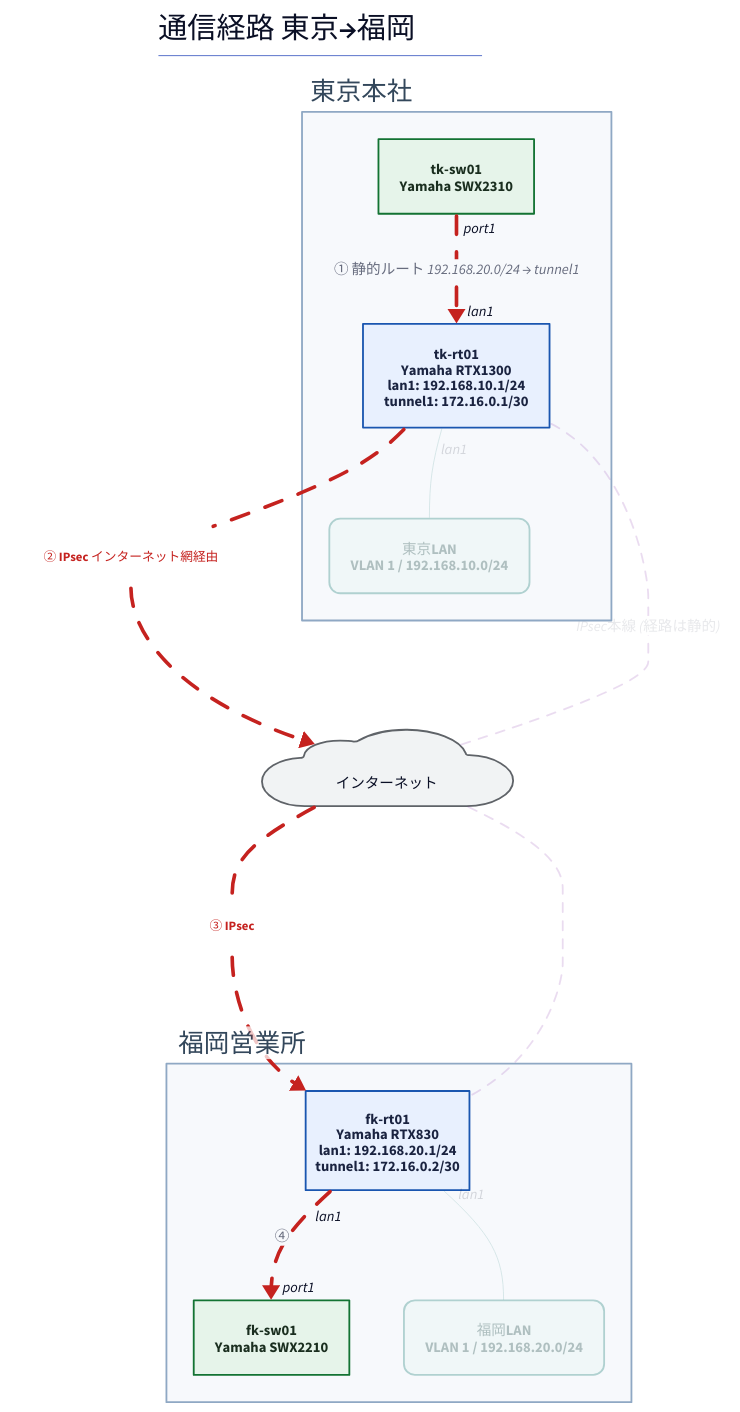
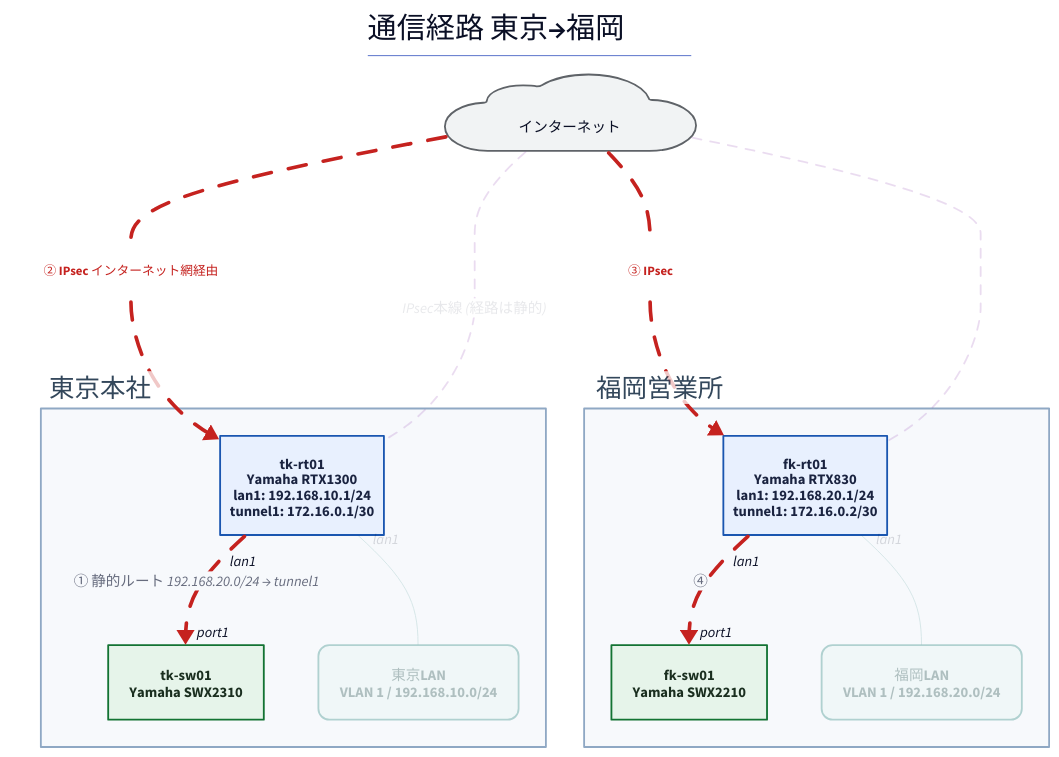
One commit to thinas1115/nwdsl changed the diagram in examples/two-site-ipsec/generated/path-normal.d2. Above: the diagram before and after it, drawn with D2. The commit also changed 21 other files, not shown here.

First line of the commit message:
経路図の矢印反転がレイアウトの階層を壊す問題を修正

```diff
--- a/examples/two-site-ipsec/generated/path-normal.d2
+++ b/examples/two-site-ipsec/generated/path-normal.d2
@@ -1,54 +1,54 @@
 title: |md
   # 通信経路 東京→福岡
 | {near: top-center}
 direction: down
 
 classes: {
   role-router: {style.fill: "#e8f0fe"; style.stroke: "#1a56b0"; style.font-color: "#1a2340"}
   role-l3switch: {style.fill: "#d2e3fc"; style.stroke: "#1a56b0"; style.font-color: "#1a2340"}
   role-l2switch: {style.fill: "#e6f4ea"; style.stroke: "#137333"; style.font-color: "#1a2e1f"}
   role-firewall: {style.fill: "#fce8e6"; style.stroke: "#c5221f"; style.font-color: "#3c1a19"}
   role-other: {style.fill: "#f1f3f4"; style.stroke: "#5f6368"; style.font-color: "#202124"}
   node-cloud: {shape: cloud; style.fill: "#f1f3f4"; style.stroke: "#5f6368"}
   node-site: {style.fill: "#fff8e1"; style.stroke: "#b58105"; style.font-color: "#4a3a08"}
   node-segment: {style.fill: "#e2f5f0"; style.stroke: "#0f766e"; style.font-color: "#0b3d38"; style.border-radius: 12}
   node-external: {style.fill: "#ffffff"; style.stroke: "#9aa0a6"; style.stroke-dash: 3}
   group-site: {style.fill: "#f7f9fc"; style.stroke: "#8fa8c4"; style.font-color: "#33475b"}
   edge-label: {style.fill: "transparent"; style.stroke: "transparent"; style.font-size: 14; style.font-color: "#5f6368"; style.italic: true}
   edge-lan-cable: {style.stroke: "#4a4a4a"; style.stroke-width: 2}
   edge-wan-circuit: {style.stroke: "#1a73e8"; style.stroke-width: 4}
   edge-tunnel: {style.stroke: "#7b1fa2"; style.stroke-width: 2; style.stroke-dash: 5}
   edge-logical: {style.stroke: "#188038"; style.stroke-width: 2; style.stroke-dash: 3}
   edge-segment: {style.stroke: "#0f766e"; style.stroke-width: 1}
 }
 
 s_tokyo: "東京本社" {
   class: group-site
   label.near: outside-top-left
-  n_tk_rt01: "tk-rt01\nYamaha RTX1300\nlan1: 192.168.10.1/24\ntunnel1: 172.16.0.1/30" {class: role-router}
+  n_tk_rt01: "tk-rt01\nYamaha RTX1300\nlan1: 192.168.10.1/24\ntunnel1: 172.16.0.1/30" {class: role-router; width: 180}
   n_tk_sw01: "tk-sw01\nYamaha SWX2310" {class: role-l2switch}
   n_seg__tk_lan: "東京LAN\nVLAN 1 / 192.168.10.0/24" {class: node-segment; style.opacity: 0.3}
 }
 
 s_fukuoka: "福岡営業所" {
   class: group-site
   label.near: outside-top-left
   n_fk_rt01: "fk-rt01\nYamaha RTX830\nlan1: 192.168.20.1/24\ntunnel1: 172.16.0.2/30" {class: role-router; width: 180}
   n_fk_sw01: "fk-sw01\nYamaha SWX2210" {class: role-l2switch}
   n_seg__fk_lan: "福岡LAN\nVLAN 1 / 192.168.20.0/24" {class: node-segment; style.opacity: 0.3}
 }
 
 n_internet: "　インターネット　" {class: node-cloud}
 
-s_tokyo.n_tk_sw01 -> s_tokyo.n_tk_rt01: "① 静的ルート 192.168.20.0/24 → tunnel1" {class: edge-lan-cable; source-arrowhead.label: "port1"; target-arrowhead.label: "lan1"; style.stroke: "#c5221f"; style.stroke-width: 4; style.animated: true}
+s_tokyo.n_tk_rt01 -> s_tokyo.n_tk_sw01: "① 静的ルート 192.168.20.0/24 → tunnel1" {class: edge-lan-cable; source-arrowhead.label: "lan1"; target-arrowhead.label: "port1"; style.stroke: "#c5221f"; style.stroke-width: 4; style.animated: true}
 s_fukuoka.n_fk_rt01 -> s_fukuoka.n_fk_sw01: "④" {class: edge-lan-cable; source-arrowhead.label: "lan1"; target-arrowhead.label: "port1"; style.stroke: "#c5221f"; style.stroke-width: 4; style.animated: true}
 lbl_2: "② IPsec インターネット網経由" {class: edge-label; style.font-color: "#c5221f"; style.bold: true}
-s_tokyo.n_tk_rt01 -- lbl_2 {class: edge-wan-circuit; style.stroke: "#c5221f"; style.stroke-width: 4; style.animated: true}
-lbl_2 -> n_internet {class: edge-wan-circuit; style.stroke: "#c5221f"; style.stroke-width: 4; style.animated: true}
+n_internet -- lbl_2 {class: edge-wan-circuit; style.stroke: "#c5221f"; style.stroke-width: 4; style.animated: true}
+lbl_2 -> s_tokyo.n_tk_rt01 {class: edge-wan-circuit; style.stroke: "#c5221f"; style.stroke-width: 4; style.animated: true}
 lbl_3: "③ IPsec" {class: edge-label; style.font-color: "#c5221f"; style.bold: true}
 n_internet -- lbl_3 {class: edge-wan-circuit; style.stroke: "#c5221f"; style.stroke-width: 4; style.animated: true}
 lbl_3 -> s_fukuoka.n_fk_rt01 {class: edge-wan-circuit; style.stroke: "#c5221f"; style.stroke-width: 4; style.animated: true}
 n_internet -- s_tokyo.n_tk_rt01: "IPsec本線 (経路は静的)" {class: edge-tunnel; style.opacity: 0.15}
 n_internet -- s_fukuoka.n_fk_rt01 {class: edge-tunnel; style.opacity: 0.15}
 s_tokyo.n_tk_rt01 -- s_tokyo.n_seg__tk_lan {class: edge-segment; source-arrowhead.label: "lan1"; style.opacity: 0.15}
 s_fukuoka.n_fk_rt01 -- s_fukuoka.n_seg__fk_lan {class: edge-segment; source-arrowhead.label: "lan1"; style.opacity: 0.15}
```
